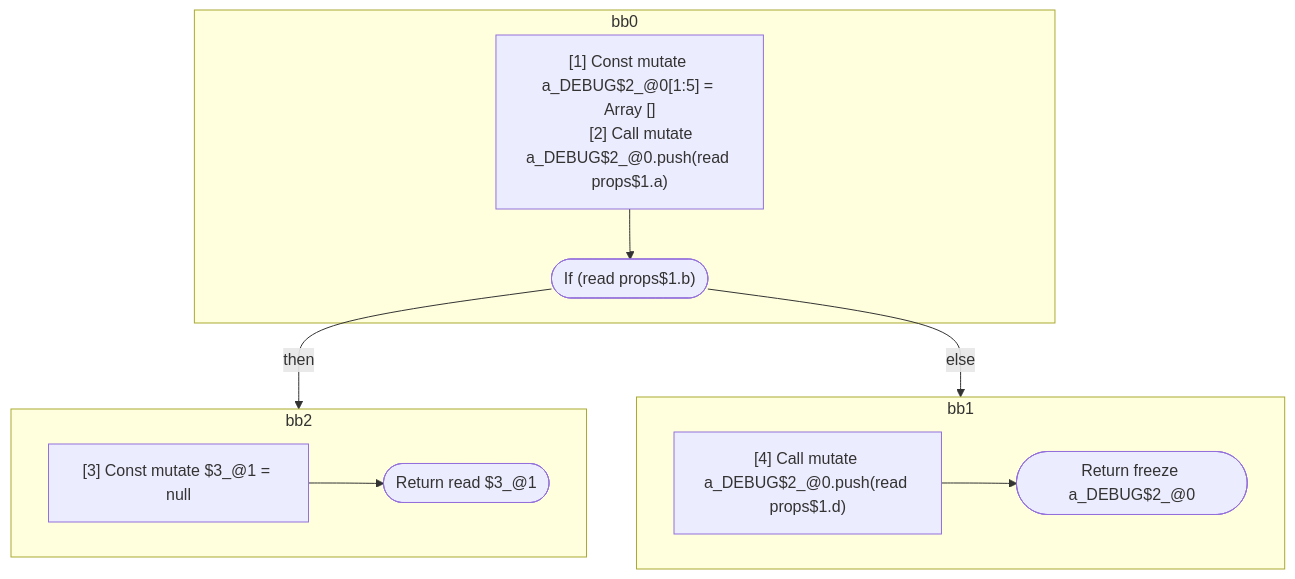
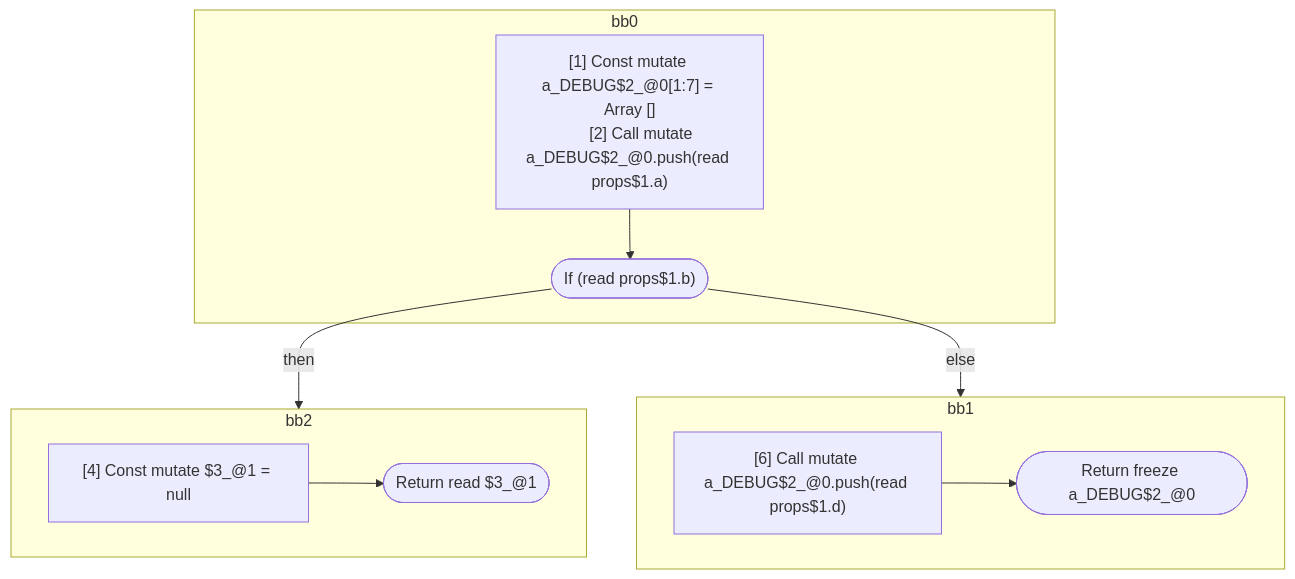
The first of 5 diagrams in compiler/forget/src/__tests__/fixtures/hir/conditional-break.expect.md (wutsmog/private), drawn with Mermaid before and after one commit. The commit also changed other lines of this file and 61 other files, not shown here.

````diff
--- a/compiler/forget/src/__tests__/fixtures/hir/conditional-break.expect.md
+++ b/compiler/forget/src/__tests__/fixtures/hir/conditional-break.expect.md
@@ -96,28 +96,28 @@
 ```mermaid
 flowchart TB
   %% Basic Blocks
   subgraph bb0
     bb0_instrs["
-      [1] Const mutate a_DEBUG$2_@0[1:5] = Array []
+      [1] Const mutate a_DEBUG$2_@0[1:7] = Array []
       [2] Call mutate a_DEBUG$2_@0.push(read props$1.a)
     "]
     bb0_instrs --> bb0_terminal(["If (read props$1.b)"])
   end
   subgraph bb2
     bb2_instrs["
-      [3] Const mutate $3_@1 = null
+      [4] Const mutate $3_@1 = null
     "]
     bb2_instrs --> bb2_terminal(["Return read $3_@1"])
   end
   subgraph bb1
     bb1_instrs["
-      [4] Call mutate a_DEBUG$2_@0.push(read props$1.d)
+      [6] Call mutate a_DEBUG$2_@0.push(read props$1.d)
     "]
     bb1_instrs --> bb1_terminal(["Return freeze a_DEBUG$2_@0"])
   end
 
   %% Jumps
   bb0_terminal -- "then" --> bb2
   bb0_terminal -- "else" --> bb1
 
 ```
````
